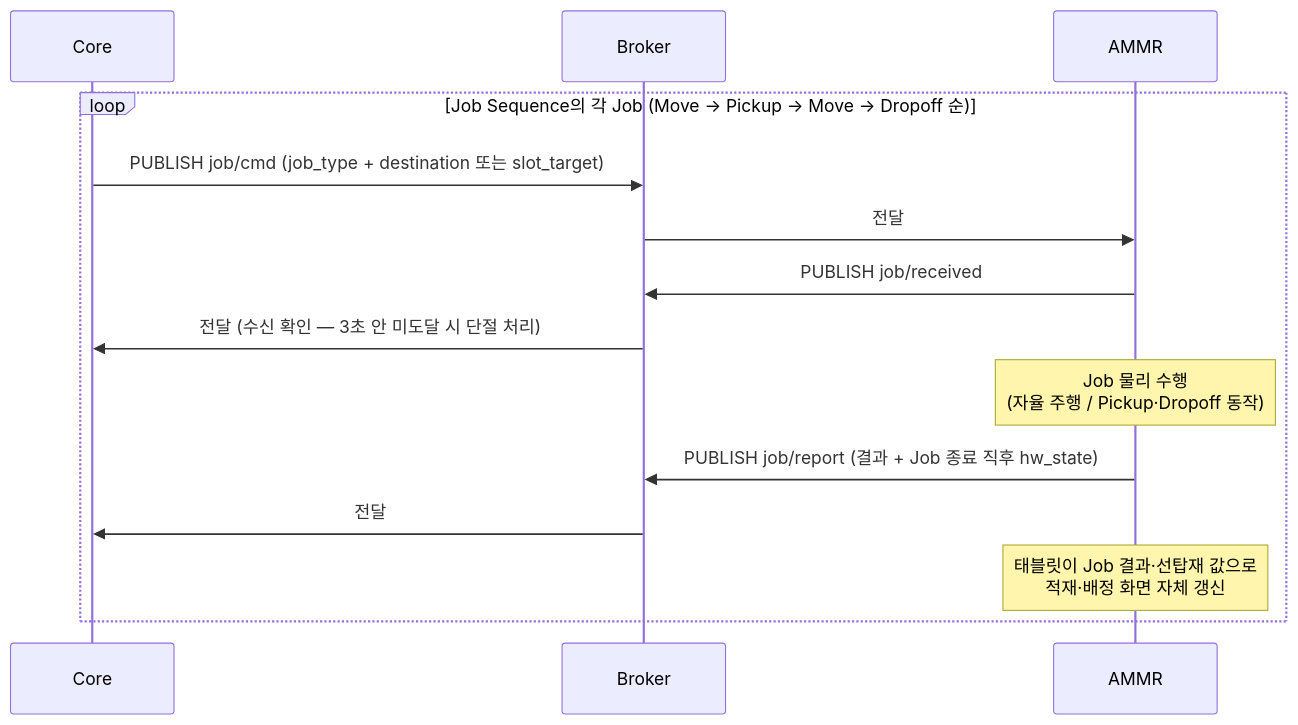
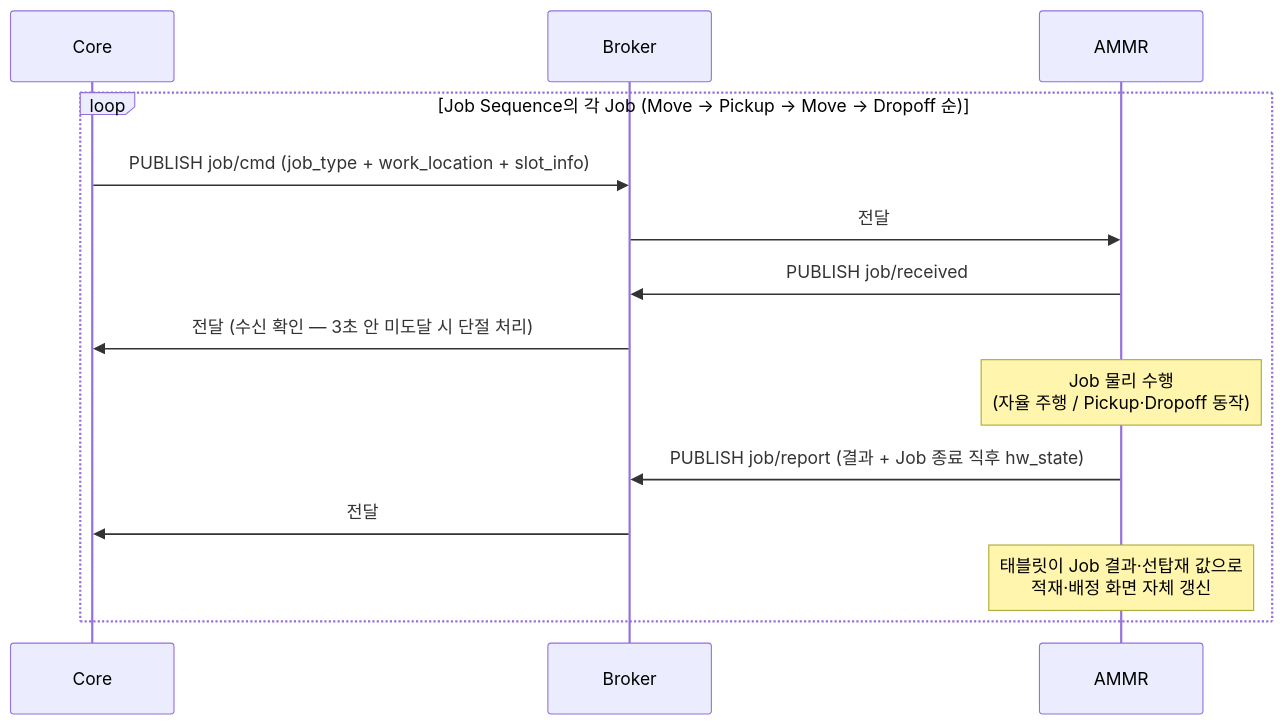
Before and after one commit to kimminsu0315/Core-Docs: the seventh of 13 diagrams in docs/out/Core_ICD_AMMR.md, drawn with Mermaid. The commit also changed other lines of this file and 3 other files, not shown here.

````diff
--- a/docs/out/Core_ICD_AMMR.md
+++ b/docs/out/Core_ICD_AMMR.md
@@ -911,17 +1016,17 @@
 ```mermaid
 sequenceDiagram
     participant C as Core
     participant B as Broker
     participant A as AMMR
 
     loop Job Sequence의 각 Job (Move → Pickup → Move → Dropoff 순)
-        C->>B: PUBLISH job/cmd (job_type + destination 또는 slot_target)
+        C->>B: PUBLISH job/cmd (job_type + work_location + slot_info)
         B->>A: 전달
         A->>B: PUBLISH job/received
         B->>C: 전달 (수신 확인 — 3초 안 미도달 시 단절 처리)
         Note over A: Job 물리 수행<br/>(자율 주행 / Pickup·Dropoff 동작)
         A->>B: PUBLISH job/report (결과 + Job 종료 직후 hw_state)
         B->>C: 전달
         Note over A: 태블릿이 Job 결과·선탑재 값으로<br/>적재·배정 화면 자체 갱신
     end
 ```
````
